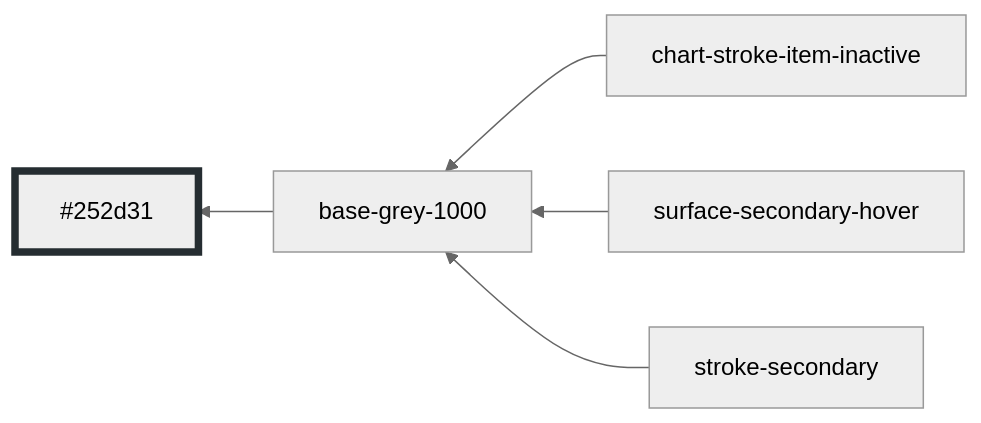
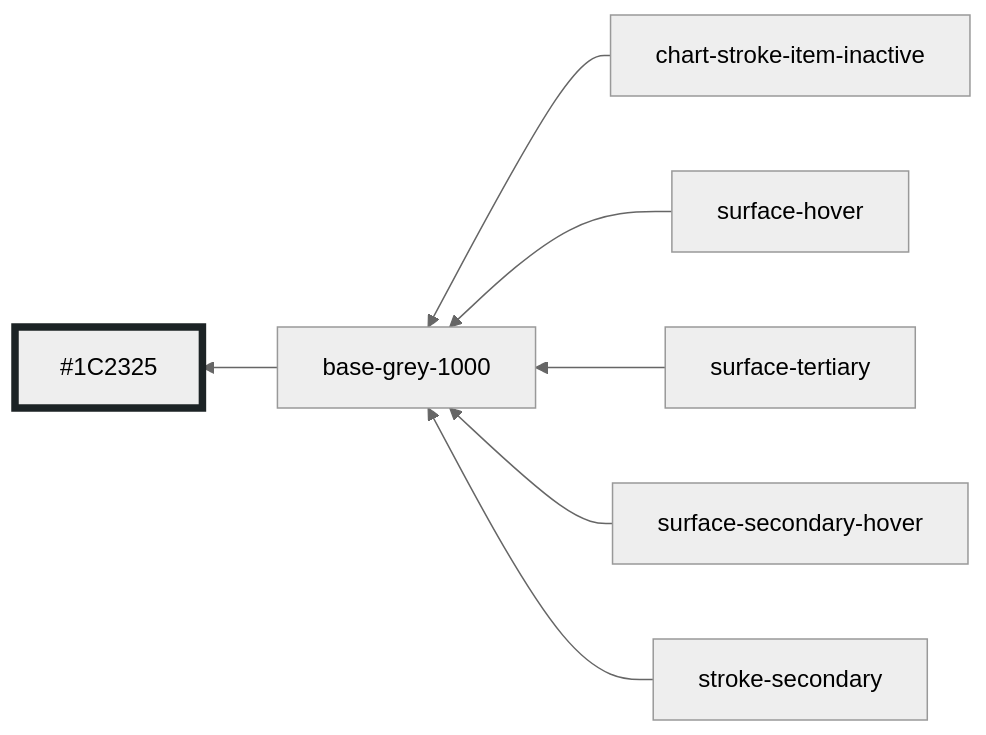
One commit to oxidecomputer/console changed diagram 26 of 30 in libs/ui/styles/themes/operator-mode.md. Above: the diagram before and after it, drawn with Mermaid (neutral theme). The commit also changed other lines of this file and 6 other files, not shown here.

````diff
--- a/libs/ui/styles/themes/operator-mode.md
+++ b/libs/ui/styles/themes/operator-mode.md
@@ -328,9 +328,11 @@
 ```mermaid
 graph RL
-  base-grey-1000 --> #252d31:::base-grey-1000
+  base-grey-1000 --> #1C2325:::base-grey-1000
   chart-stroke-item-inactive --> base-grey-1000
+  surface-hover --> base-grey-1000
+  surface-tertiary --> base-grey-1000
   surface-secondary-hover --> base-grey-1000
   stroke-secondary --> base-grey-1000
 
-  classDef base-grey-1000 stroke-width:5,stroke:#252d31
+  classDef base-grey-1000 stroke-width:5,stroke:#1C2325
 ```
````
